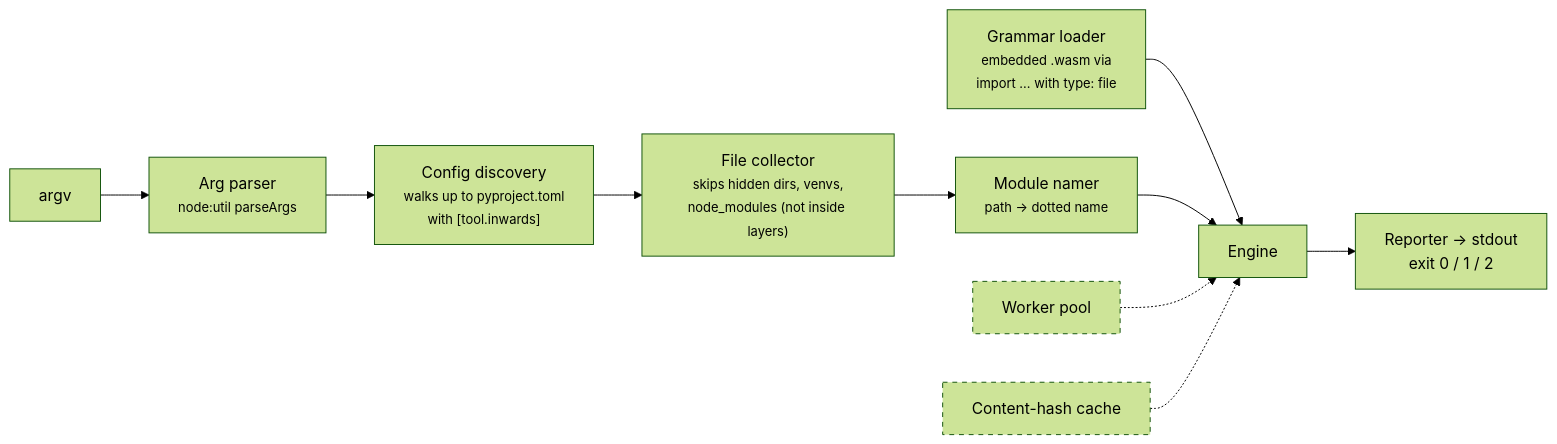
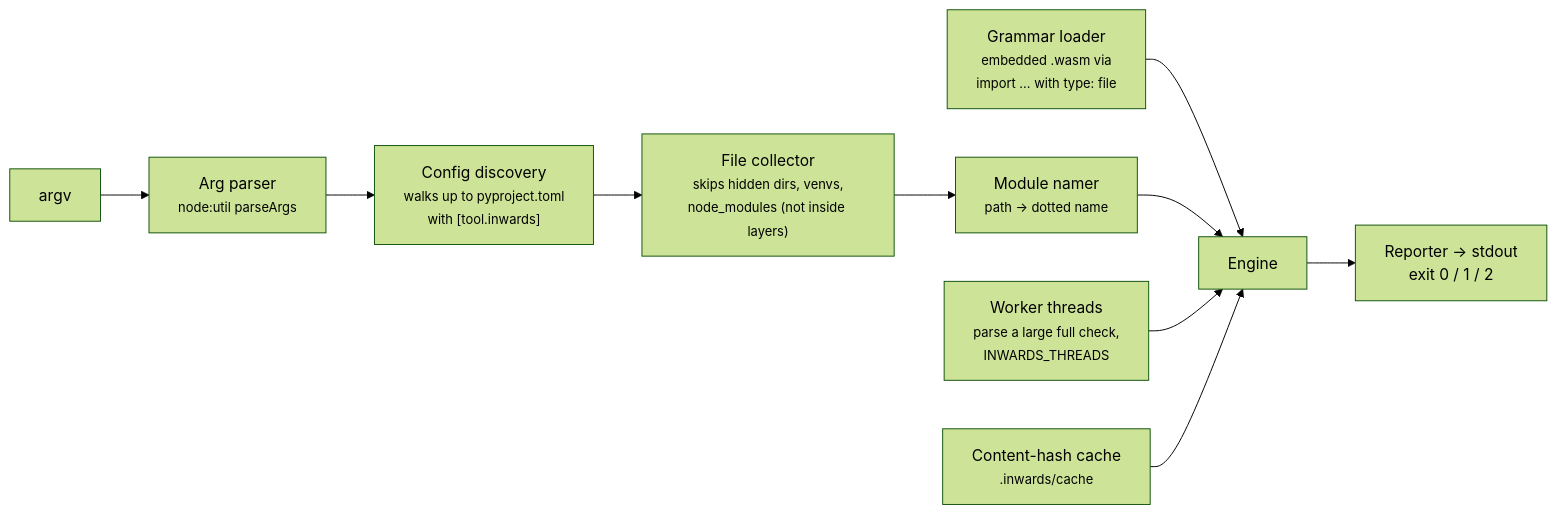
Before and after one commit to SirCypkowskyy/inwards: the fifth of 6 diagrams in docs/chapters/03-Architecture-C4.md, drawn with Mermaid (forest theme). The commit also changed other lines of this file and 35 other files, not shown here.

````diff
--- a/docs/chapters/03-Architecture-C4.md
+++ b/docs/chapters/03-Architecture-C4.md
@@ -201,14 +201,12 @@
 ```mermaid
 flowchart LR
     argv["argv"] --> args["Arg parser<br/><small>node:util parseArgs</small>"]
     args --> find["Config discovery<br/><small>walks up to pyproject.toml<br/>with [tool.inwards]</small>"]
     find --> walk["File collector<br/><small>skips hidden dirs, venvs,<br/>node_modules (not inside layers)</small>"]
     walk --> mod["Module namer<br/><small>path → dotted name</small>"]
     gram["Grammar loader<br/><small>embedded .wasm via<br/>import ... with type: file</small>"] --> eng
     mod --> eng["Engine"]
     eng --> out["Reporter → stdout<br/>exit 0 / 1 / 2"]
-    pool["Worker pool"]:::planned -.-> eng
-    cache["Content-hash cache"]:::planned -.-> eng
-
-    classDef planned stroke-dasharray:5 5
+    pool["Worker threads<br/><small>parse a large full check,<br/>INWARDS_THREADS</small>"] --> eng
+    cache["Content-hash cache<br/><small>.inwards/cache</small>"] --> eng
 ```
````
